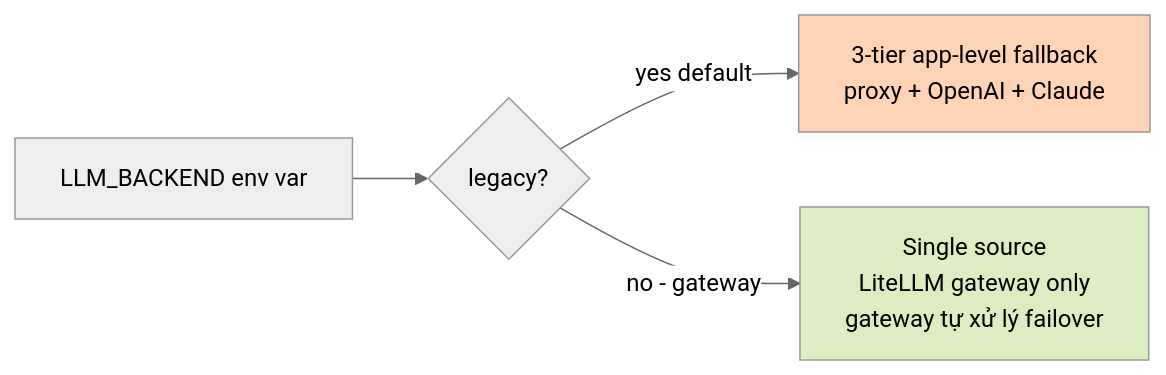
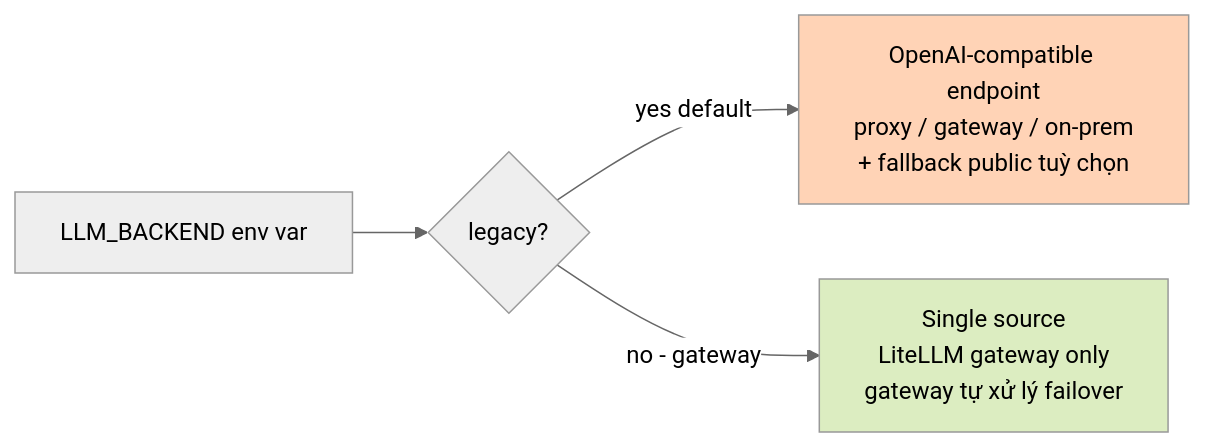
One commit to baongoc83/Multi-Agent-Auto-ML_NB changed diagram 21 of 25 in docs/architecture.md. Above: the diagram before and after it, drawn with Mermaid (neutral theme). The commit also changed other lines of this file and 6 other files, not shown here.

````diff
--- a/docs/architecture.md
+++ b/docs/architecture.md
@@ -865,9 +864,9 @@
 ```mermaid
 flowchart LR
     Env[LLM_BACKEND env var] --> L{legacy?}
-    L -->|yes default| Legacy[3-tier app-level fallback<br/>proxy + OpenAI + Claude]
+    L -->|yes default| Legacy[OpenAI-compatible endpoint<br/>proxy / gateway / on-prem<br/>+ fallback public tuỳ chọn]
     L -->|no - gateway| Gateway[Single source<br/>LiteLLM gateway only<br/>gateway tự xử lý failover]
 
     style Legacy fill:#ffd3b6
     style Gateway fill:#dcedc1
 ```
````
